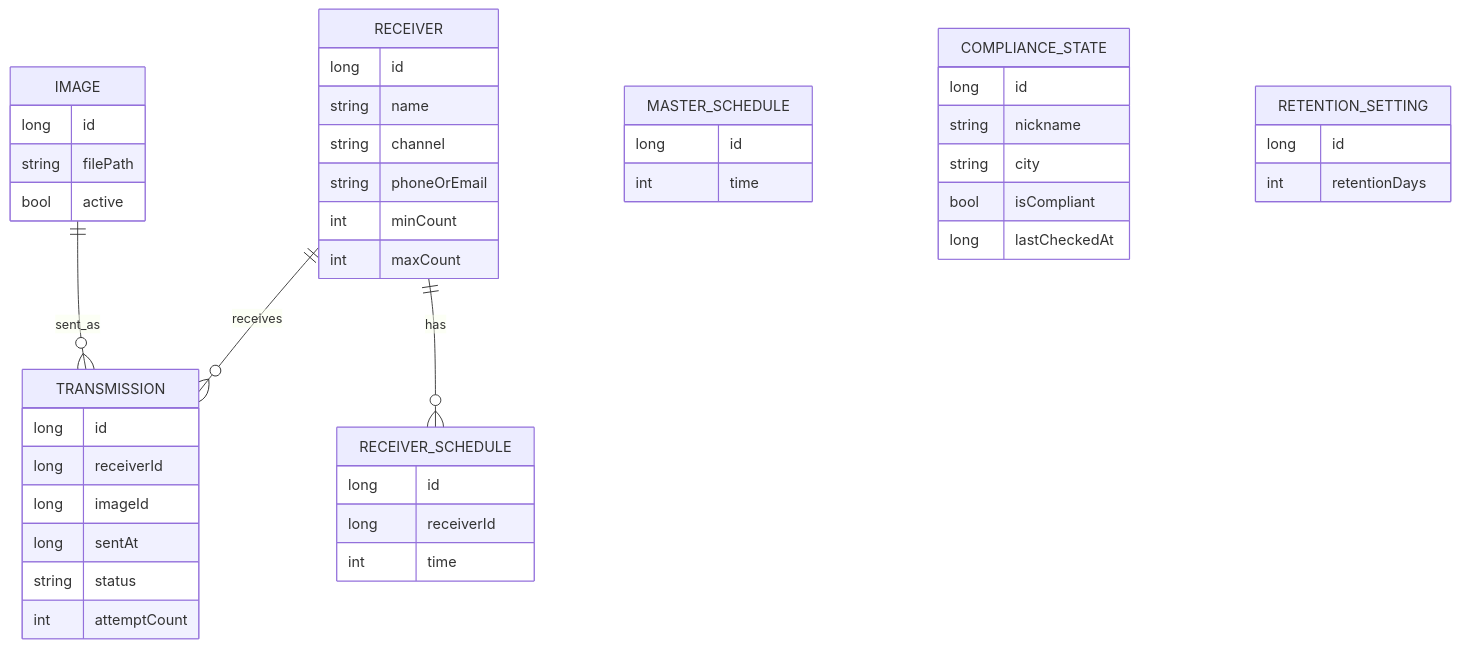
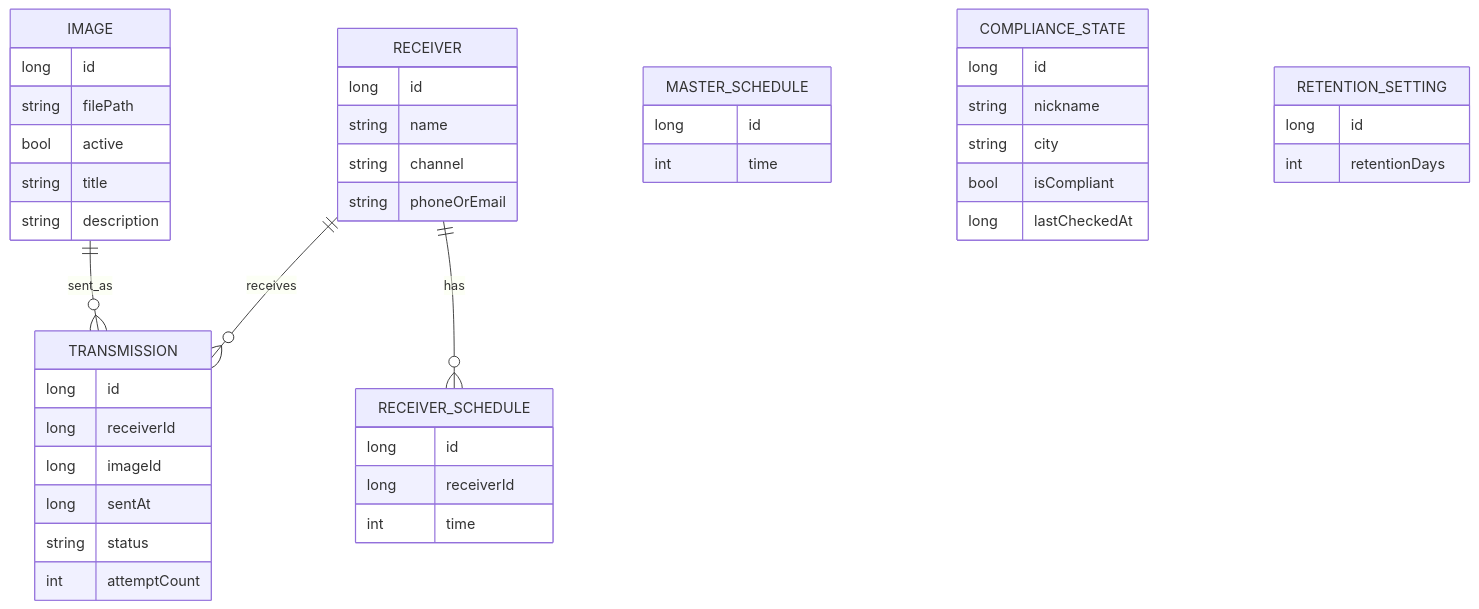
Before and after one commit to rvmpkhithub/RIS: the third of 3 diagrams in _bmad-output/planning-artifacts/architecture/architecture-RIS-2026-07-08/ARCHITECTURE-SPINE.md, drawn with Mermaid. The commit also changed 58 other files, not shown here.

````diff
--- a/_bmad-output/planning-artifacts/architecture/architecture-RIS-2026-07-08/ARCHITECTURE-SPINE.md
+++ b/_bmad-output/planning-artifacts/architecture/architecture-RIS-2026-07-08/ARCHITECTURE-SPINE.md
@@ -178,47 +178,47 @@
 ```mermaid
 erDiagram
   RECEIVER ||--o{ TRANSMISSION : receives
   IMAGE ||--o{ TRANSMISSION : sent_as
   RECEIVER ||--o{ RECEIVER_SCHEDULE : has
   RECEIVER {
     long id
     string name
     string channel
     string phoneOrEmail
-    int minCount
-    int maxCount
   }
   RECEIVER_SCHEDULE {
     long id
     long receiverId
     int time
   }
   MASTER_SCHEDULE {
     long id
     int time
   }
   IMAGE {
     long id
     string filePath
     bool active
+    string title
+    string description
   }
   TRANSMISSION {
     long id
     long receiverId
     long imageId
     long sentAt
     string status
     int attemptCount
   }
   COMPLIANCE_STATE {
     long id
     string nickname
     string city
     bool isCompliant
     long lastCheckedAt
   }
   RETENTION_SETTING {
     long id
     int retentionDays
   }
 ```
````
